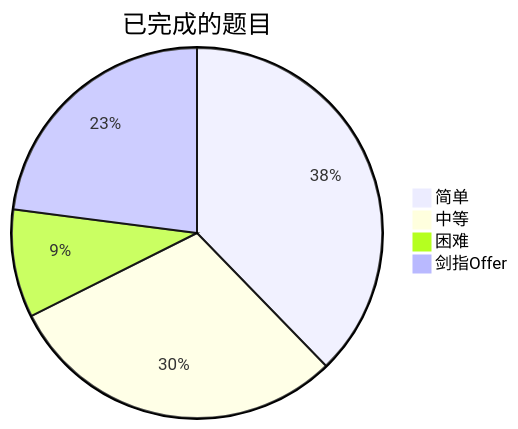
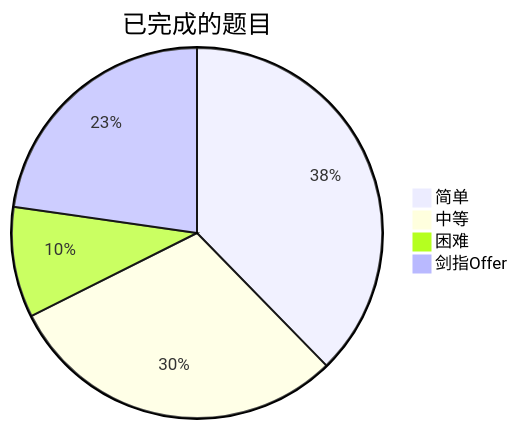
Before and after one commit to kaisa911/LeetCode: the diagram in README.md, drawn with Mermaid. The commit also changed other lines of this file and 11 other files, not shown here.

````diff
--- a/README.md
+++ b/README.md
@@ -9,7 +9,7 @@
 ```mermaid
 pie title 已完成的题目
-    "简单" : 120
-    "中等" : 95
-    "困难" : 30
+    "简单" : 121
+    "中等" : 96
+    "困难" : 31
     "剑指Offer" : 73
 ```
````
